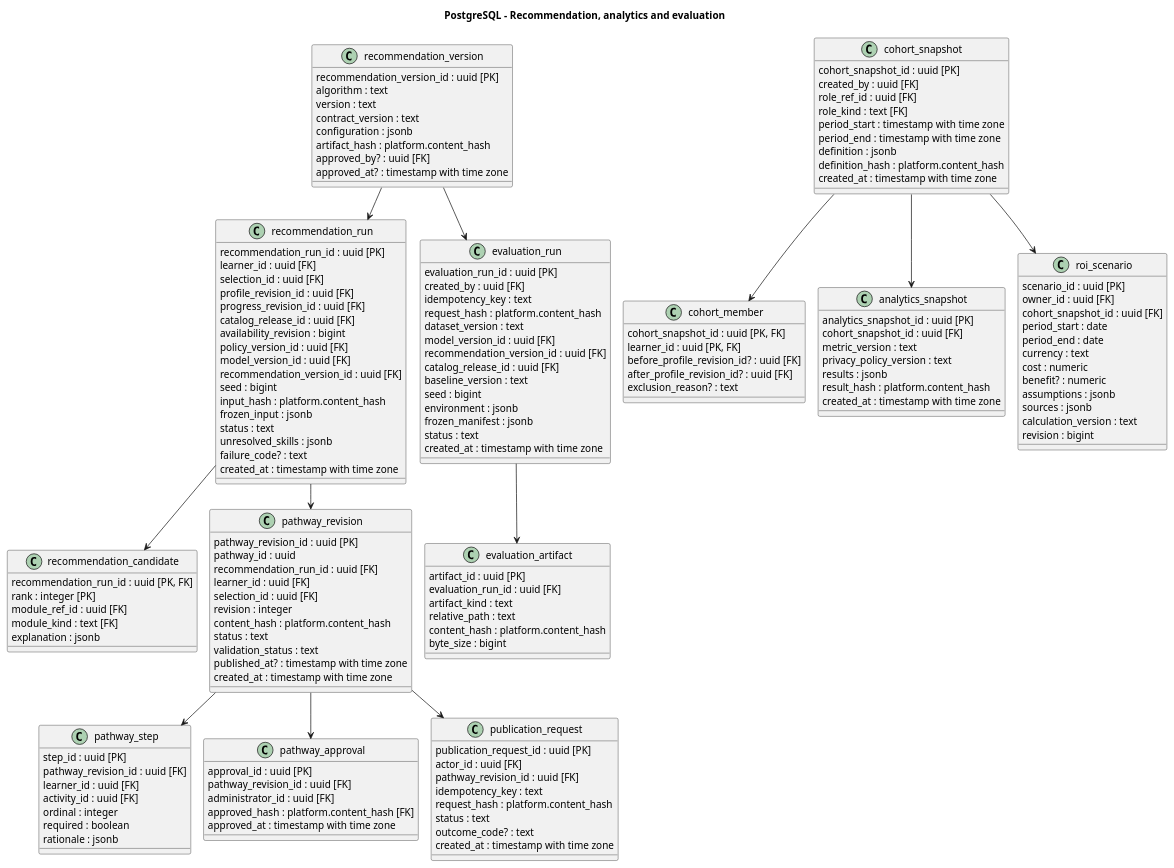
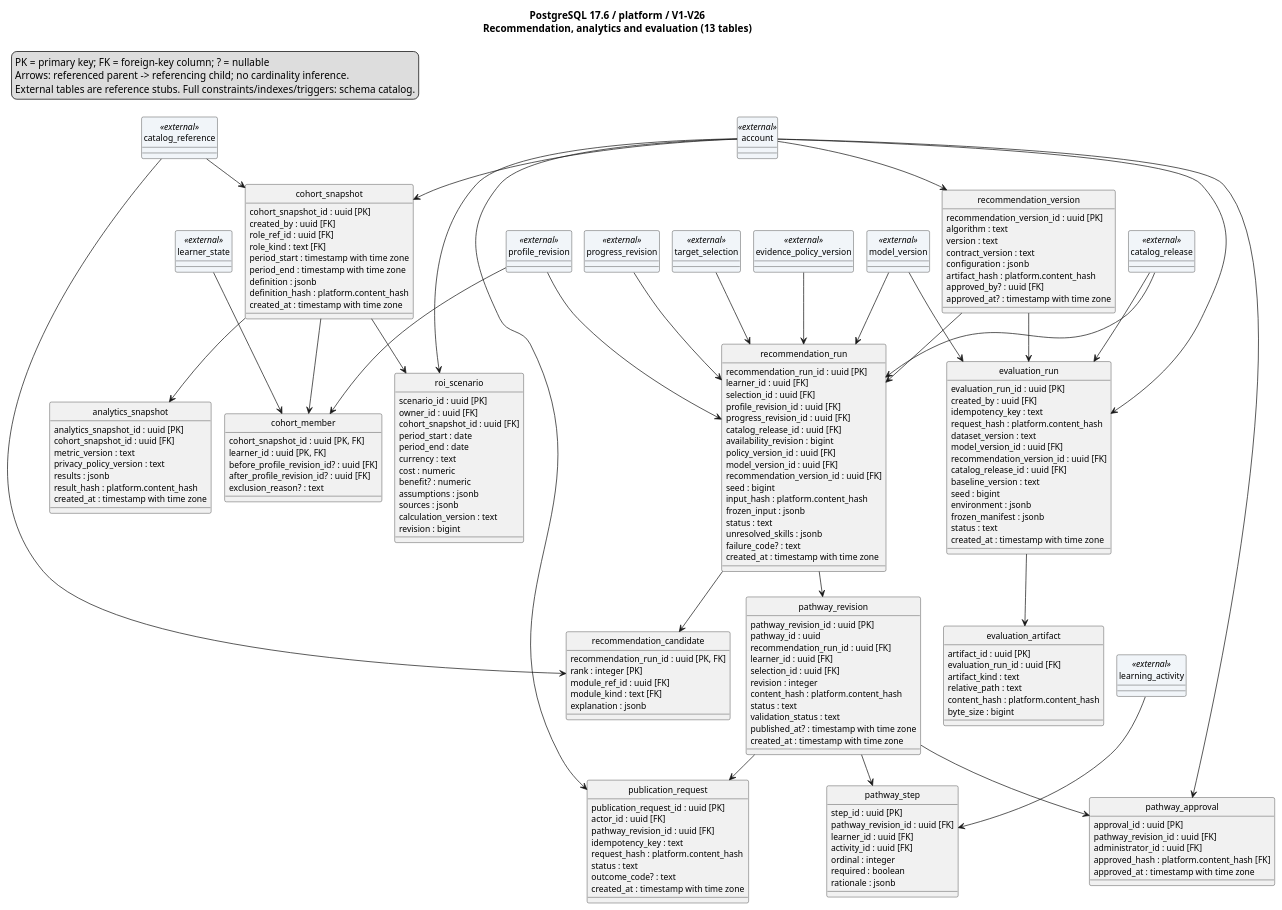
Before and after one commit to SEP490-Fall-2026-GFA26SE64/SEP490: the diagram in documents/diagrams/postgresql-pathway.puml, drawn with PlantUML. The commit also changed 454 other files, not shown here.

```diff
--- a/documents/diagrams/postgresql-pathway.puml
+++ b/documents/diagrams/postgresql-pathway.puml
@@ -1,157 +1,195 @@
 @startuml
 !pragma layout smetana
 top to bottom direction
 skinparam shadowing false
-title PostgreSQL - Recommendation, analytics and evaluation
+hide circle
+skinparam classAttributeIconSize 0
+skinparam defaultFontName SansSerif
+skinparam defaultFontSize 12
+title PostgreSQL 17.6 / platform / V1-V26\nRecommendation, analytics and evaluation (13 tables)
+legend top left
+PK = primary key; FK = foreign-key column; ? = nullable
+Arrows: referenced parent -> referencing child; no cardinality inference.
+External tables are reference stubs. Full constraints/indexes/triggers: schema catalog.
+endlegend
 class recommendation_version {
-    recommendation_version_id : uuid [PK]
-    algorithm : text
-    version : text
-    contract_version : text
-    configuration : jsonb
-    artifact_hash : platform.content_hash
-    approved_by? : uuid [FK]
-    approved_at? : timestamp with time zone
+  recommendation_version_id : uuid [PK]
+  algorithm : text
+  version : text
+  contract_version : text
+  configuration : jsonb
+  artifact_hash : platform.content_hash
+  approved_by? : uuid [FK]
+  approved_at? : timestamp with time zone
 }
 class recommendation_run {
-    recommendation_run_id : uuid [PK]
-    learner_id : uuid [FK]
-    selection_id : uuid [FK]
-    profile_revision_id : uuid [FK]
-    progress_revision_id : uuid [FK]
-    catalog_release_id : uuid [FK]
-    availability_revision : bigint
-    policy_version_id : uuid [FK]
-    model_version_id : uuid [FK]
-    recommendation_version_id : uuid [FK]
-    seed : bigint
-    input_hash : platform.content_hash
-    frozen_input : jsonb
-    status : text
-    unresolved_skills : jsonb
-    failure_code? : text
-    created_at : timestamp with time zone
+  recommendation_run_id : uuid [PK]
+  learner_id : uuid [FK]
+  selection_id : uuid [FK]
+  profile_revision_id : uuid [FK]
+  progress_revision_id : uuid [FK]
+  catalog_release_id : uuid [FK]
+  availability_revision : bigint
+  policy_version_id : uuid [FK]
+  model_version_id : uuid [FK]
+  recommendation_version_id : uuid [FK]
+  seed : bigint
+  input_hash : platform.content_hash
+  frozen_input : jsonb
+  status : text
+  unresolved_skills : jsonb
+  failure_code? : text
+  created_at : timestamp with time zone
 }
 class recommendation_candidate {
-    recommendation_run_id : uuid [PK, FK]
-    rank : integer [PK]
-    module_ref_id : uuid [FK]
-    module_kind : text [FK]
-    explanation : jsonb
+  recommendation_run_id : uuid [PK, FK]
+  rank : integer [PK]
+  module_ref_id : uuid [FK]
+  module_kind : text [FK]
+  explanation : jsonb
 }
 class pathway_revision {
-    pathway_revision_id : uuid [PK]
-    pathway_id : uuid
-    recommendation_run_id : uuid [FK]
-    learner_id : uuid [FK]
-    selection_id : uuid [FK]
-    revision : integer
-    content_hash : platform.content_hash
-    status : text
-    validation_status : text
-    published_at? : timestamp with time zone
-    created_at : timestamp with time zone
+  pathway_revision_id : uuid [PK]
+  pathway_id : uuid
+  recommendation_run_id : uuid [FK]
+  learner_id : uuid [FK]
+  selection_id : uuid [FK]
+  revision : integer
+  content_hash : platform.content_hash
+  status : text
+  validation_status : text
+  published_at? : timestamp with time zone
+  created_at : timestamp with time zone
 }
 class pathway_step {
-    step_id : uuid [PK]
-    pathway_revision_id : uuid [FK]
-    learner_id : uuid [FK]
-    activity_id : uuid [FK]
-    ordinal : integer
-    required : boolean
-    rationale : jsonb
+  step_id : uuid [PK]
+  pathway_revision_id : uuid [FK]
+  learner_id : uuid [FK]
+  activity_id : uuid [FK]
+  ordinal : integer
+  required : boolean
+  rationale : jsonb
 }
 class pathway_approval {
-    approval_id : uuid [PK]
-    pathway_revision_id : uuid [FK]
-    administrator_id : uuid [FK]
-    approved_hash : platform.content_hash [FK]
-    approved_at : timestamp with time zone
+  approval_id : uuid [PK]
+  pathway_revision_id : uuid [FK]
+  administrator_id : uuid [FK]
+  approved_hash : platform.content_hash [FK]
+  approved_at : timestamp with time zone
 }
 class publication_request {
-    publication_request_id : uuid [PK]
-    actor_id : uuid [FK]
-    pathway_revision_id : uuid [FK]
-    idempotency_key : text
-    request_hash : platform.content_hash
-    status : text
-    outcome_code? : text
-    created_at : timestamp with time zone
+  publication_request_id : uuid [PK]
+  actor_id : uuid [FK]
+  pathway_revision_id : uuid [FK]
+  idempotency_key : text
+  request_hash : platform.content_hash
+  status : text
+  outcome_code? : text
+  created_at : timestamp with time zone
 }
 class cohort_snapshot {
-    cohort_snapshot_id : uuid [PK]
-    created_by : uuid [FK]
-    role_ref_id : uuid [FK]
-    role_kind : text [FK]
-    period_start : timestamp with time zone
-    period_end : timestamp with time zone
-    definition : jsonb
-    definition_hash : platform.content_hash
-    created_at : timestamp with time zone
+  cohort_snapshot_id : uuid [PK]
+  created_by : uuid [FK]
+  role_ref_id : uuid [FK]
+  role_kind : text [FK]
+  period_start : timestamp with time zone
+  period_end : timestamp with time zone
+  definition : jsonb
+  definition_hash : platform.content_hash
+  created_at : timestamp with time zone
 }
 class cohort_member {
-    cohort_snapshot_id : uuid [PK, FK]
-    learner_id : uuid [PK, FK]
-    before_profile_revision_id? : uuid [FK]
-    after_profile_revision_id? : uuid [FK]
-    exclusion_reason? : text
+  cohort_snapshot_id : uuid [PK, FK]
+  learner_id : uuid [PK, FK]
+  before_profile_revision_id? : uuid [FK]
+  after_profile_revision_id? : uuid [FK]
+  exclusion_reason? : text
 }
 class analytics_snapshot {
-    analytics_snapshot_id : uuid [PK]
-    cohort_snapshot_id : uuid [FK]
-    metric_version : text
-    privacy_policy_version : text
-    results : jsonb
-    result_hash : platform.content_hash
-    created_at : timestamp with time zone
+  analytics_snapshot_id : uuid [PK]
+  cohort_snapshot_id : uuid [FK]
+  metric_version : text
+  privacy_policy_version : text
+  results : jsonb
+  result_hash : platform.content_hash
+  created_at : timestamp with time zone
 }
 class roi_scenario {
-    scenario_id : uuid [PK]
-    owner_id : uuid [FK]
-    cohort_snapshot_id : uuid [FK]
-    period_start : date
-    period_end : date
-    currency : text
-    cost : numeric
-    benefit? : numeric
-    assumptions : jsonb
-    sources : jsonb
-    calculation_version : text
-    revision : bigint
+  scenario_id : uuid [PK]
+  owner_id : uuid [FK]
+  cohort_snapshot_id : uuid [FK]
+  period_start : date
+  period_end : date
+  currency : text
+  cost : numeric
+  benefit? : numeric
+  assumptions : jsonb
+  sources : jsonb
+  calculation_version : text
+  revision : bigint
 }
 class evaluation_run {
-    evaluation_run_id : uuid [PK]
-    created_by : uuid [FK]
-    idempotency_key : text
-    request_hash : platform.content_hash
-    dataset_version : text
-    model_version_id : uuid [FK]
-    recommendation_version_id : uuid [FK]
-    catalog_release_id : uuid [FK]
-    baseline_version : text
-    seed : bigint
-    environment : jsonb
-    frozen_manifest : jsonb
-    status : text
-    created_at : timestamp with time zone
+  evaluation_run_id : uuid [PK]
+  created_by : uuid [FK]
+  idempotency_key : text
+  request_hash : platform.content_hash
+  dataset_version : text
+  model_version_id : uuid [FK]
+  recommendation_version_id : uuid [FK]
+  catalog_release_id : uuid [FK]
+  baseline_version : text
+  seed : bigint
+  environment : jsonb
+  frozen_manifest : jsonb
+  status : text
+  created_at : timestamp with time zone
 }
 class evaluation_artifact {
-    artifact_id : uuid [PK]
-    evaluation_run_id : uuid [FK]
-    artifact_kind : text
-    relative_path : text
-    content_hash : platform.content_hash
-    byte_size : bigint
+  artifact_id : uuid [PK]
+  evaluation_run_id : uuid [FK]
+  artifact_kind : text
+  relative_path : text
+  content_hash : platform.content_hash
+  byte_size : bigint
 }
+class account <<external>> #F1F5F9
+class catalog_reference <<external>> #F1F5F9
+class catalog_release <<external>> #F1F5F9
+class evidence_policy_version <<external>> #F1F5F9
+class learner_state <<external>> #F1F5F9
+class learning_activity <<external>> #F1F5F9
+class model_version <<external>> #F1F5F9
+class profile_revision <<external>> #F1F5F9
+class progress_revision <<external>> #F1F5F9
+class target_selection <<external>> #F1F5F9
+account --> cohort_snapshot
+account --> evaluation_run
+account --> pathway_approval
+account --> publication_request
+account --> recommendation_version
+account --> roi_scenario
+catalog_reference --> cohort_snapshot
+catalog_reference --> recommendation_candidate
+catalog_release --> evaluation_run
+catalog_release --> recommendation_run
 cohort_snapshot --> analytics_snapshot
 cohort_snapshot --> cohort_member
 cohort_snapshot --> roi_scenario
 evaluation_run --> evaluation_artifact
+evidence_policy_version --> recommendation_run
+learner_state --> cohort_member
+learning_activity --> pathway_step
+model_version --> evaluation_run
+model_version --> recommendation_run
 pathway_revision --> pathway_approval
 pathway_revision --> pathway_step
 pathway_revision --> publication_request
+profile_revision --> cohort_member
+profile_revision --> recommendation_run
+progress_revision --> recommendation_run
 recommendation_run --> pathway_revision
 recommendation_run --> recommendation_candidate
 recommendation_version --> evaluation_run
 recommendation_version --> recommendation_run
+target_selection --> recommendation_run
 @enduml
```
